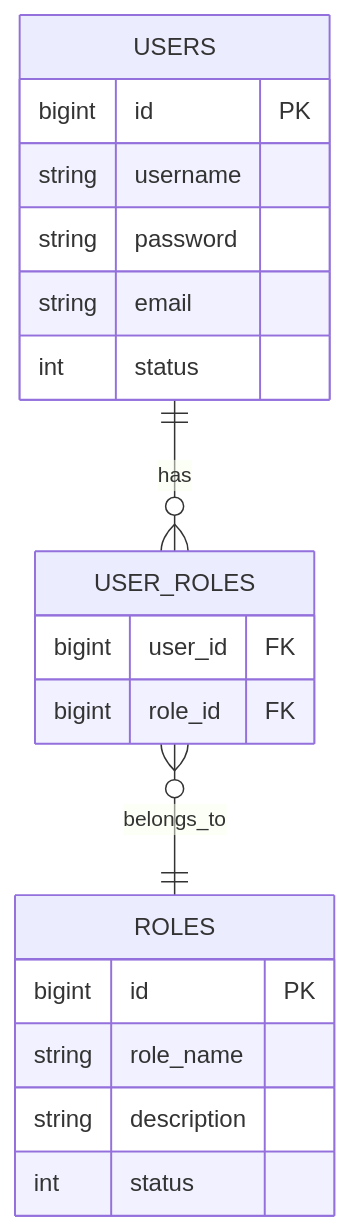
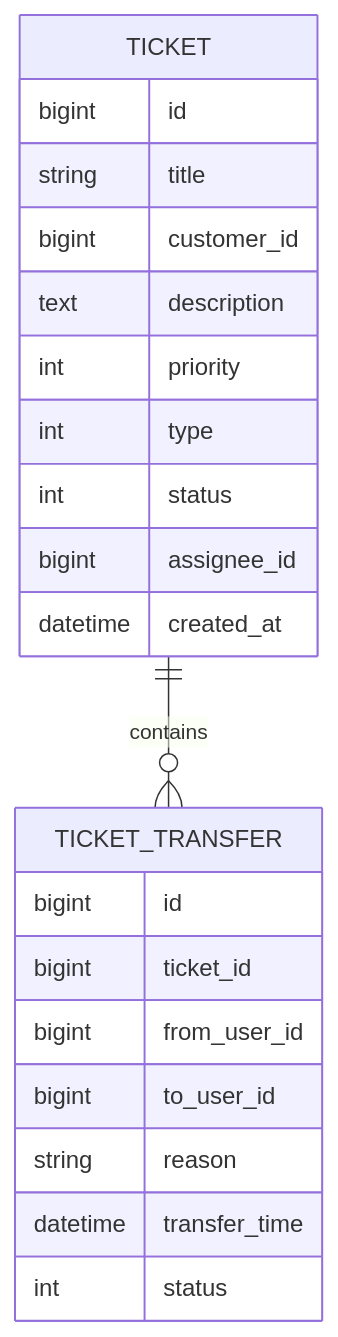
The first of 2 diagrams in devel/outlinedesign1.md (zhishi324/n8ndeploy), drawn with Mermaid before and after one commit. The commit also changed other lines of this file, not shown here.

````diff
--- a/devel/outlinedesign1.md
+++ b/devel/outlinedesign1.md
@@ -39,22 +47,24 @@
 ```mermaid
 erDiagram
-    USERS ||--o{ USER_ROLES : has
-    USER_ROLES }o--|| ROLES : belongs_to
-    USERS {
-        bigint id PK
-        string username
-        string password
-        string email
+    TICKET ||--o{ TICKET_TRANSFER : contains
+    TICKET {
+        bigint id
+        string title
+        bigint customer_id
+        text description
+        int priority
+        int type
+        int status
+        bigint assignee_id
+        datetime created_at
+    }
+    TICKET_TRANSFER {
+        bigint id
+        bigint ticket_id
+        bigint from_user_id
+        bigint to_user_id
+        string reason
+        datetime transfer_time
         int status
     }
-    ROLES {
-        bigint id PK
-        string role_name
-        string description
-        int status
-    }
-    USER_ROLES {
-        bigint user_id FK
-        bigint role_id FK
-    }
 ```
````
